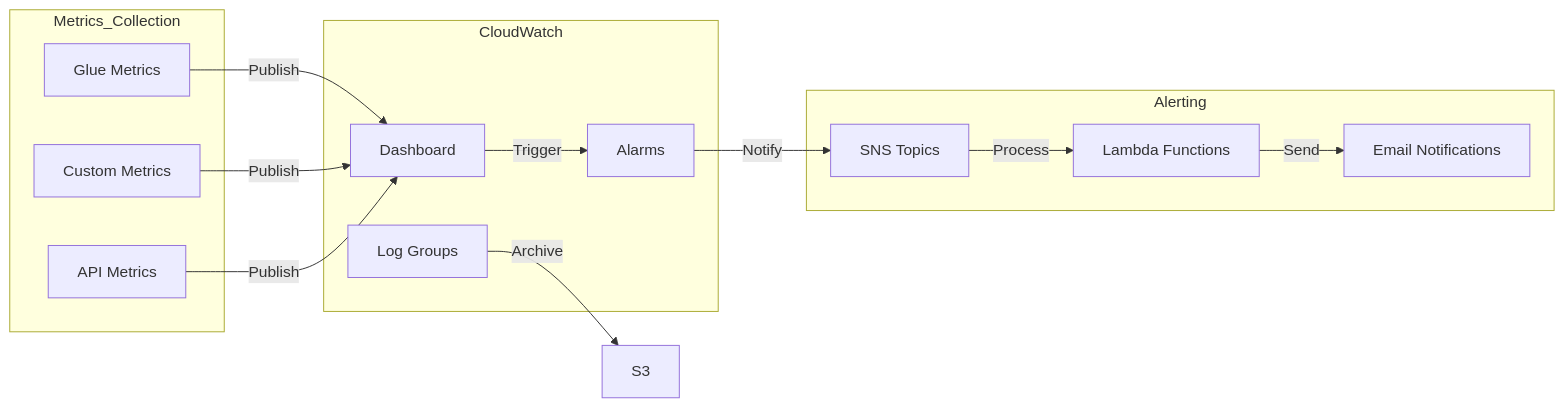
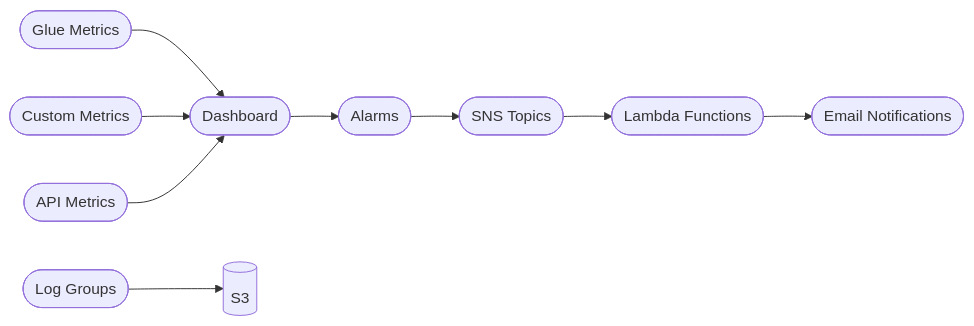
The fourth of 5 diagrams in README.md (sunilpradhansharma/spark_processing_external_api_in_glue), drawn with Mermaid before and after one commit.

Commit message:
Fix: Simplify Mermaid diagram syntax for better compatibility

````diff
--- a/README.md
+++ b/README.md
@@ -243,31 +243,28 @@
 ```mermaid
-graph LR
-    subgraph Metrics_Collection
-        GlueMetrics[Glue Metrics]
-        CustomMetrics[Custom Metrics]
-        APIMetrics[API Metrics]
-    end
+flowchart LR
+    %% Metrics Collection
+    GlueMetrics([Glue Metrics])
+    CustomMetrics([Custom Metrics])
+    APIMetrics([API Metrics])
     
-    subgraph CloudWatch
-        Dashboard[Dashboard]
-        Alarms[Alarms]
-        Logs[Log Groups]
-    end
+    %% CloudWatch Components
+    Dashboard([Dashboard])
+    Alarms([Alarms])
+    Logs([Log Groups])
     
-    subgraph Alerting
-        SNS[SNS Topics]
-        Lambda[Lambda Functions]
-        Email[Email Notifications]
-    end
+    %% Alerting Components
+    SNS([SNS Topics])
+    Lambda([Lambda Functions])
+    Email([Email Notifications])
+    S3[(S3)]
     
-    GlueMetrics -->|Publish| Dashboard
-    CustomMetrics -->|Publish| Dashboard
-    APIMetrics -->|Publish| Dashboard
-    
-    Dashboard -->|Trigger| Alarms
-    Alarms -->|Notify| SNS
-    SNS -->|Process| Lambda
-    Lambda -->|Send| Email
-    
-    Logs -->|Archive| S3
+    %% Connections
+    GlueMetrics --> Dashboard
+    CustomMetrics --> Dashboard
+    APIMetrics --> Dashboard
+    Dashboard --> Alarms
+    Alarms --> SNS
+    SNS --> Lambda
+    Lambda --> Email
+    Logs --> S3
 ```
````
